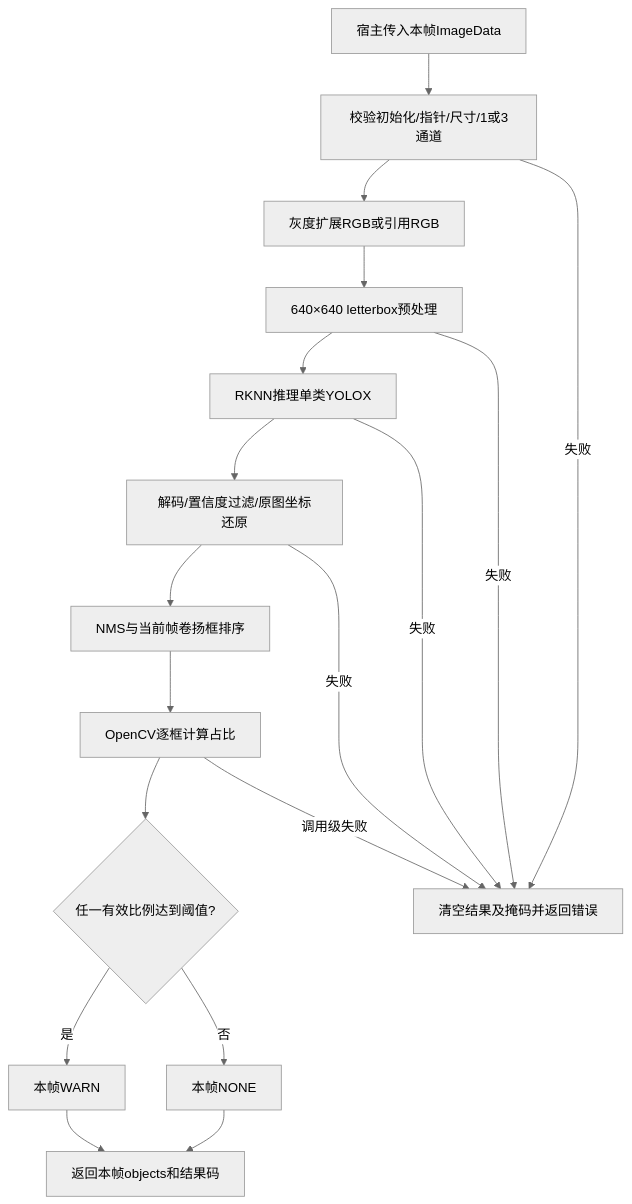
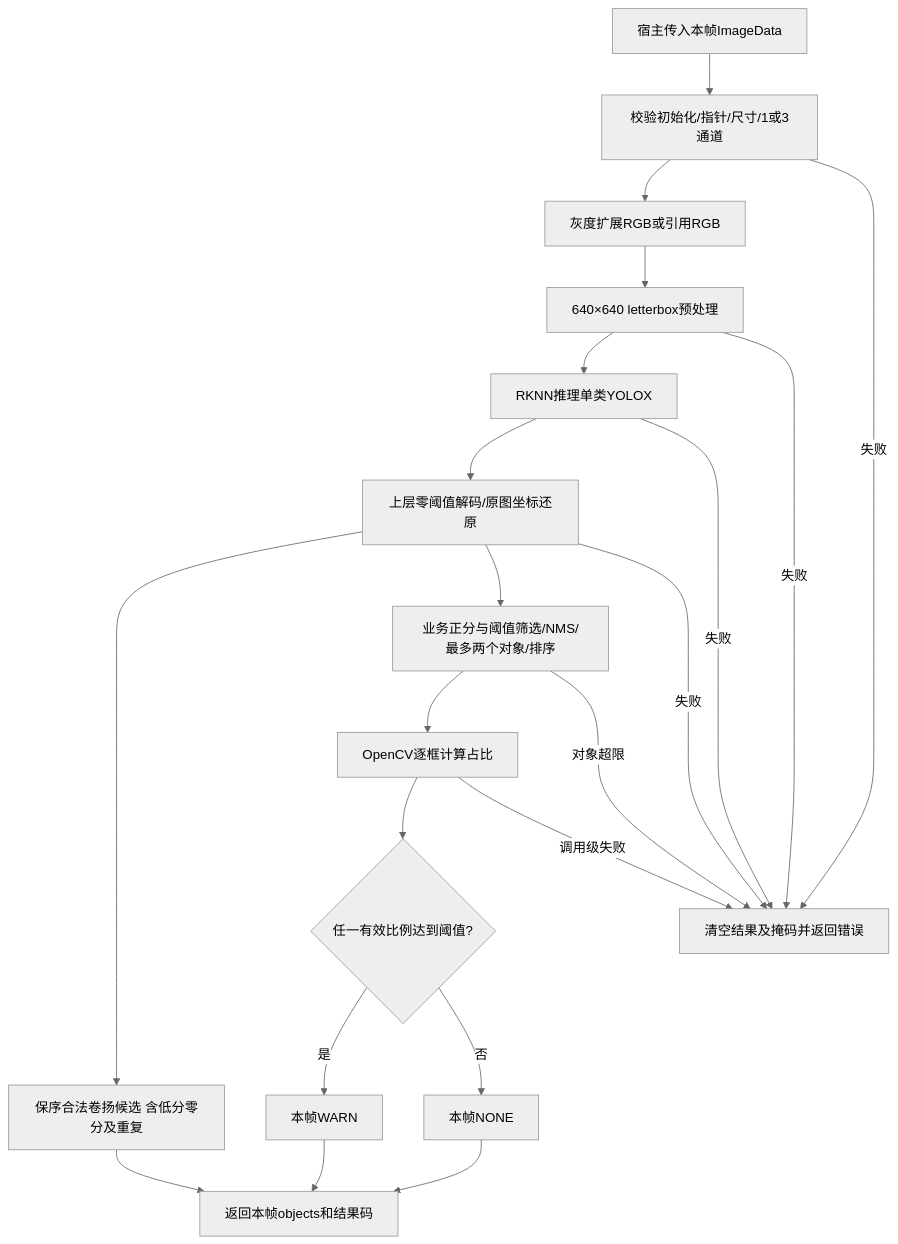
The second of 4 diagrams in edgevision/evs_ice/evs_ice_算法与API核验.md (Ishunaniya/idevelop_md), drawn with Mermaid (neutral theme) before and after one commit. The commit also changed other lines of this file and 3 other files, not shown here.

````diff
--- a/edgevision/evs_ice/evs_ice_算法与API核验.md
+++ b/edgevision/evs_ice/evs_ice_算法与API核验.md
@@ -237,20 +246,23 @@
 ```mermaid
 flowchart TD
     A[宿主传入本帧ImageData] --> B[校验初始化/指针/尺寸/1或3通道]
     B --> C[灰度扩展RGB或引用RGB]
     C --> D[640×640 letterbox预处理]
     D --> E[RKNN推理单类YOLOX]
-    E --> F[解码/置信度过滤/原图坐标还原]
-    F --> G[NMS与当前帧卷扬框排序]
+    E --> F[上层零阈值解码/原图坐标还原]
+    F --> CAND[保序合法卷扬候选 含低分零分及重复]
+    F --> G[业务正分与阈值筛选/NMS/最多两个对象/排序]
     G --> H[OpenCV逐框计算占比]
     H --> I{任一有效比例达到阈值?}
     I -->|是| J[本帧WARN]
     I -->|否| K[本帧NONE]
     J --> R[返回本帧objects和结果码]
     K --> R
+    CAND --> R
     B -->|失败| X[清空结果及掩码并返回错误]
     D -->|失败| X
     E -->|失败| X
     F -->|失败| X
+    G -->|对象超限| X
     H -->|调用级失败| X
 ```
````
